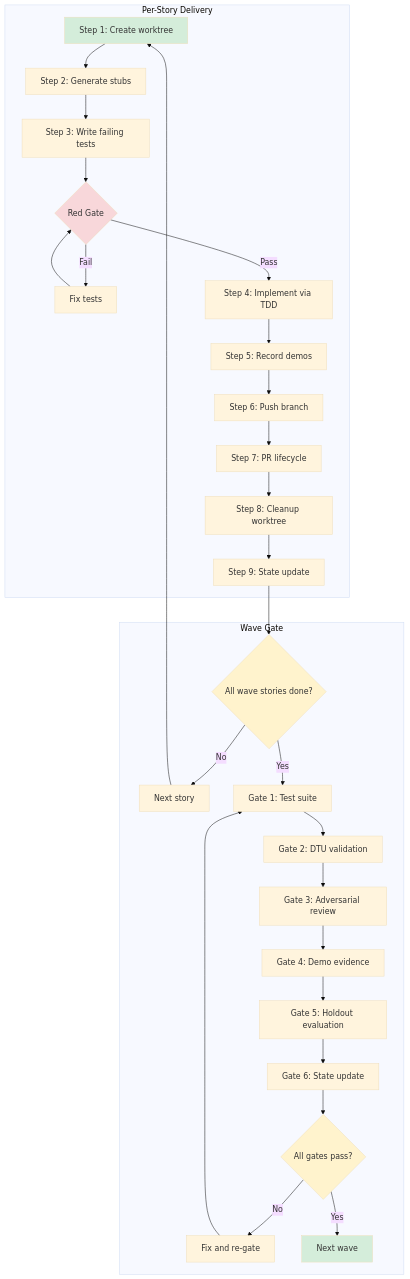
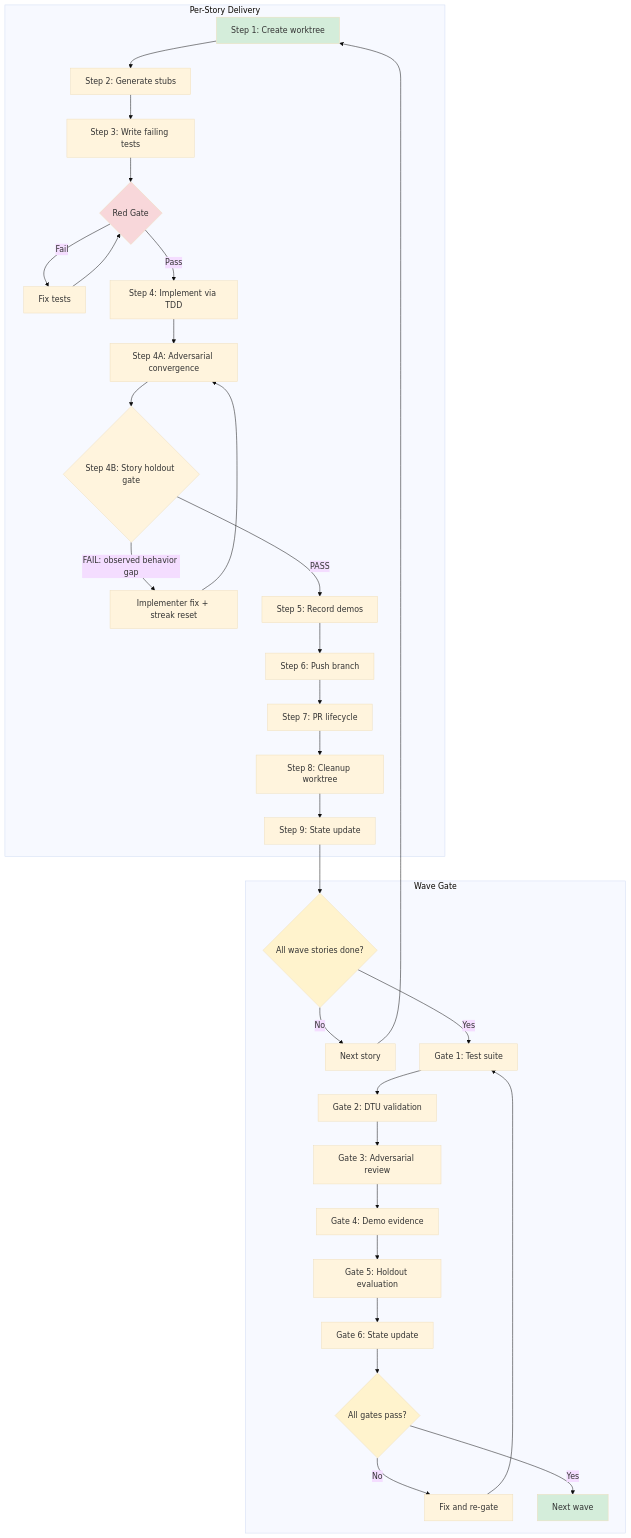
Before and after one commit to drbothen/vsdd-factory: the first of 2 diagrams in docs/guide/phase-3-tdd-delivery.md, drawn with Mermaid (base theme). The commit also changed other lines of this file and 5 other files, not shown here.

First line of the commit message:
feat(per-story-delivery): story-level holdout gate — three-tier holdout evaluation

````diff
--- a/docs/guide/phase-3-tdd-delivery.md
+++ b/docs/guide/phase-3-tdd-delivery.md
@@ -17,38 +17,42 @@
 ```mermaid
 graph TD
     subgraph "Per-Story Delivery"
         S1[Step 1: Create worktree] --> S2[Step 2: Generate stubs]
         S2 --> S3[Step 3: Write failing tests]
         S3 --> RG{Red Gate}
         RG -->|Fail| S3FIX[Fix tests]
         S3FIX --> RG
         RG -->|Pass| S4[Step 4: Implement via TDD]
-        S4 --> S5[Step 5: Record demos]
+        S4 --> S4A[Step 4A: Adversarial convergence]
+        S4A --> S4B{Step 4B: Story holdout gate}
+        S4B -->|FAIL: observed behavior gap| S4BFIX[Implementer fix + streak reset]
+        S4BFIX --> S4A
+        S4B -->|PASS| S5[Step 5: Record demos]
         S5 --> S6[Step 6: Push branch]
         S6 --> S7[Step 7: PR lifecycle]
         S7 --> S8[Step 8: Cleanup worktree]
         S8 --> S9[Step 9: State update]
     end
 
     subgraph "Wave Gate"
         S9 --> ALL{All wave stories done?}
         ALL -->|No| NEXT[Next story]
         NEXT --> S1
         ALL -->|Yes| G1[Gate 1: Test suite]
         G1 --> G2[Gate 2: DTU validation]
         G2 --> G3[Gate 3: Adversarial review]
         G3 --> G4[Gate 4: Demo evidence]
         G4 --> G5[Gate 5: Holdout evaluation]
         G5 --> G6[Gate 6: State update]
         G6 --> WAVEPASS{All gates pass?}
         WAVEPASS -->|No| WFIX[Fix and re-gate]
         WFIX --> G1
         WAVEPASS -->|Yes| NEXTWAVE[Next wave]
     end
 
     style S1 fill:#d4edda
     style RG fill:#f8d7da
     style ALL fill:#fff3cd
     style WAVEPASS fill:#fff3cd
     style NEXTWAVE fill:#d4edda
 ```
````
